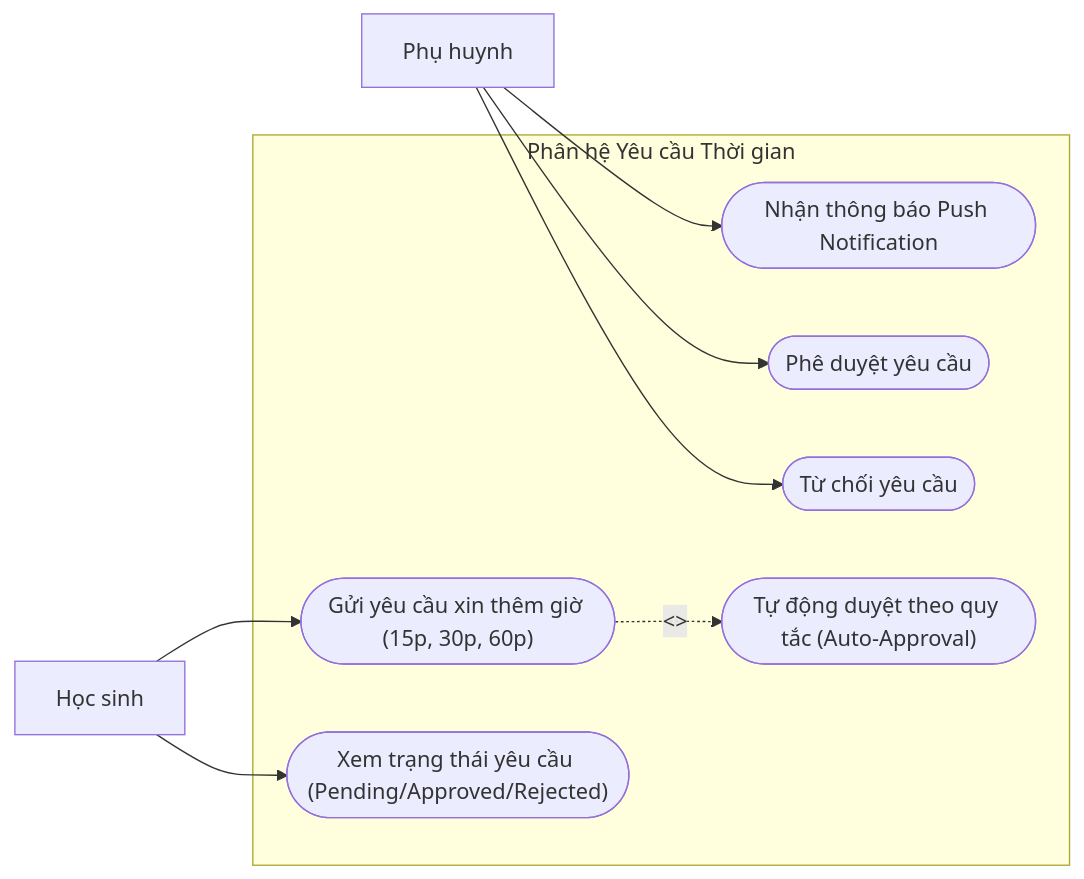
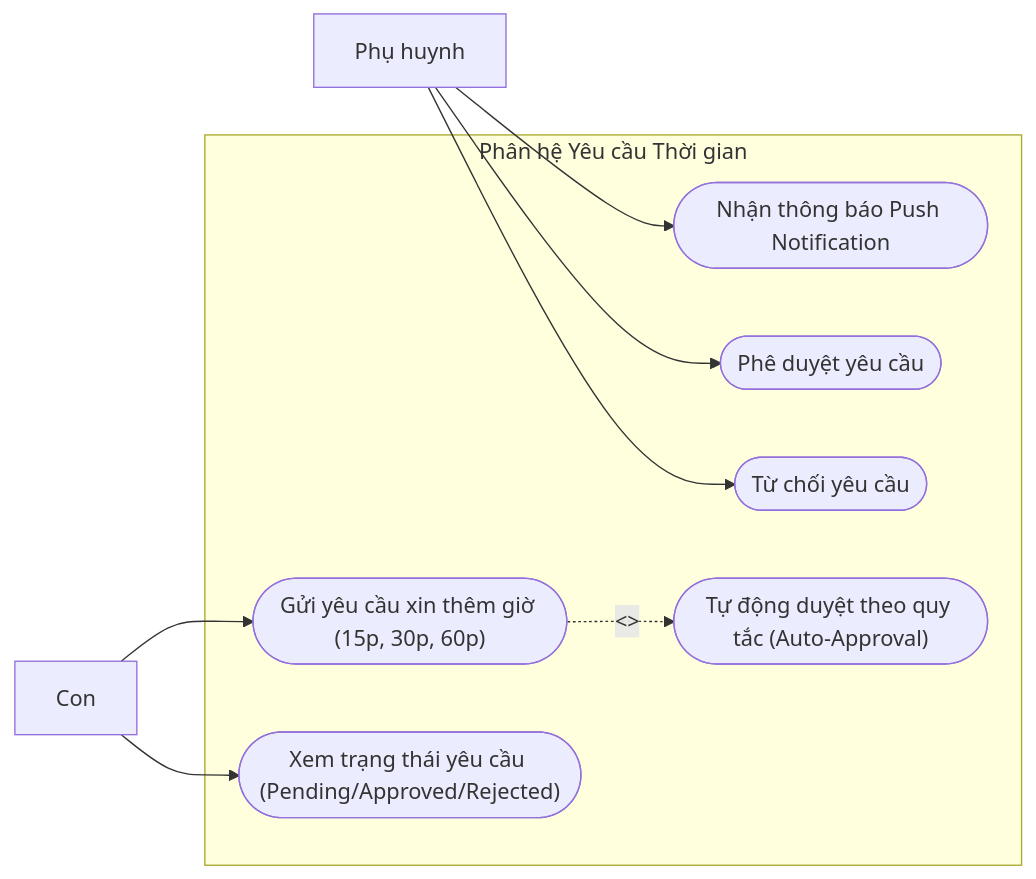
Before and after one commit to minhduc01168/KidGuardian-THPT: the third of 20 diagrams in docs/Kura_Technical_Analysis.md, drawn with Mermaid. The commit also changed other lines of this file, not shown here.

Commit message:
docs: standardize terminology to Kura, Phụ huynh and Con, align diagrams with codebase

````diff
--- a/docs/Kura_Technical_Analysis.md
+++ b/docs/Kura_Technical_Analysis.md
@@ -310,18 +310,18 @@
 ```mermaid
 flowchart LR
-    subgraph Sub_TimeRequest ["Phân hệ Yêu cầu Thời gian"]
-        TR1(["Gửi yêu cầu xin thêm giờ (15p, 30p, 60p)"])
-        TR2(["Xem trạng thái yêu cầu (Pending/Approved/Rejected)"])
-        TR3(["Nhận thông báo Push Notification"])
-        TR4(["Phê duyệt yêu cầu"])
-        TR5(["Từ chối yêu cầu"])
-        TR6(["Tự động duyệt theo quy tắc (Auto-Approval)"])
-    end
+ subgraph Sub_TimeRequest ["Phân hệ Yêu cầu Thời gian"]
+ TR1(["Gửi yêu cầu xin thêm giờ (15p, 30p, 60p)"])
+ TR2(["Xem trạng thái yêu cầu (Pending/Approved/Rejected)"])
+ TR3(["Nhận thông báo Push Notification"])
+ TR4(["Phê duyệt yêu cầu"])
+ TR5(["Từ chối yêu cầu"])
+ TR6(["Tự động duyệt theo quy tắc (Auto-Approval)"])
+ end
 
-    Child["Học sinh"] --> TR1
-    Child --> TR2
-    Parent["Phụ huynh"] --> TR3
-    Parent --> TR4
-    Parent --> TR5
-    TR1 -.->|<<extend>>| TR6
+ Child["Con"] --> TR1
+ Child --> TR2
+ Parent["Phụ huynh"] --> TR3
+ Parent --> TR4
+ Parent --> TR5
+ TR1 -.->|<<extend>>| TR6
 ```
````
